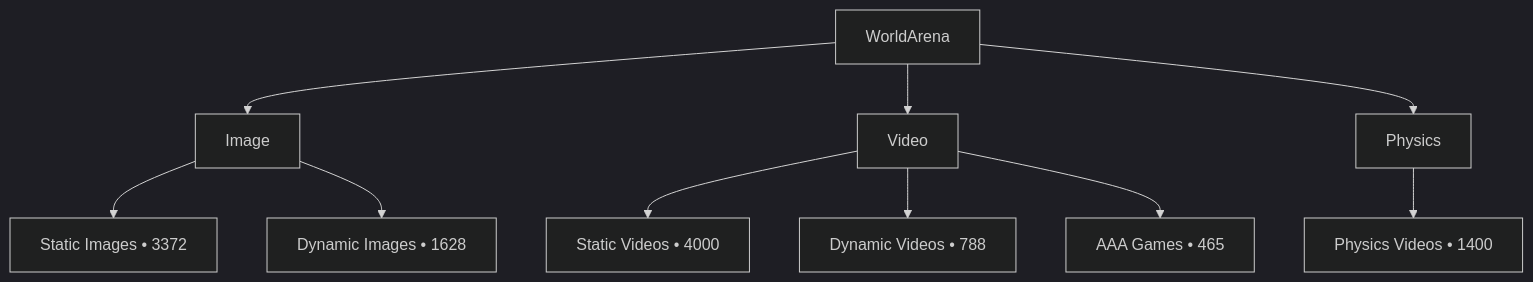
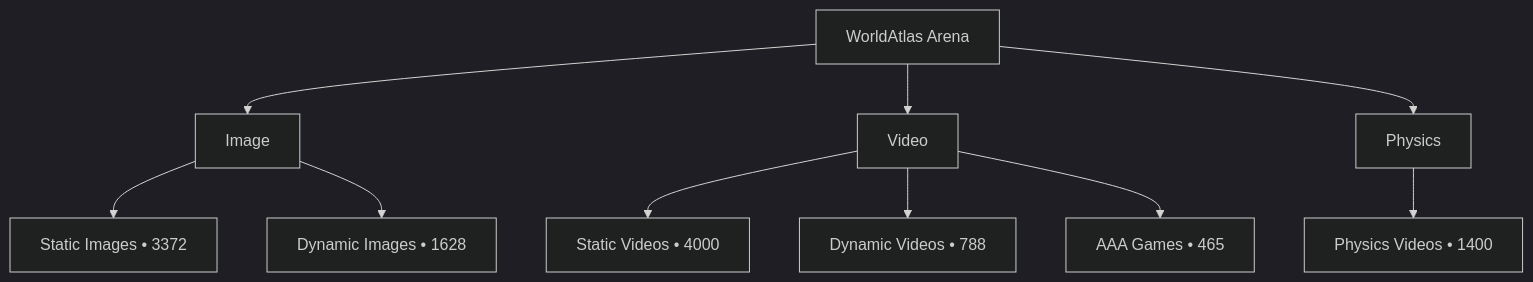
Before and after one commit to OpenEnvision/WorldAtlas: the diagram in docs/en/overview.md, drawn with Mermaid (dark theme). The commit also changed other lines of this file and 2319 other files, not shown here.

````diff
--- a/docs/en/overview.md
+++ b/docs/en/overview.md
@@ -31,13 +229,13 @@
 ```mermaid
 graph TD
-  root[WorldArena]
+  root[WorldAtlas Arena]
   root --> images[Image]
   root --> videos[Video]
   root --> physics[Physics]
   images --> static_images[Static Images • 3372]
   images --> dynamic_images[Dynamic Images • 1628]
   videos --> static_videos[Static Videos • 4000]
   videos --> dynamic_videos[Dynamic Videos • 788]
   videos --> aaa_games[AAA Games • 465]
   physics --> physics_videos[Physics Videos • 1400]
 ```
````
